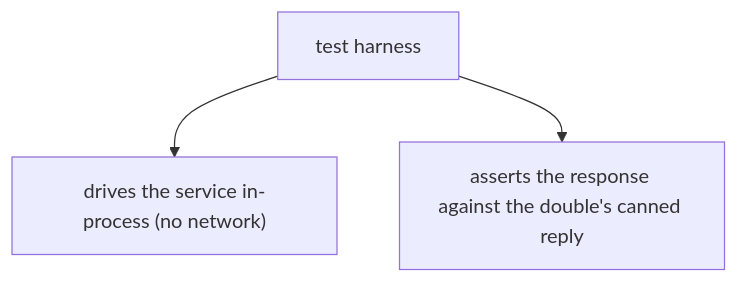
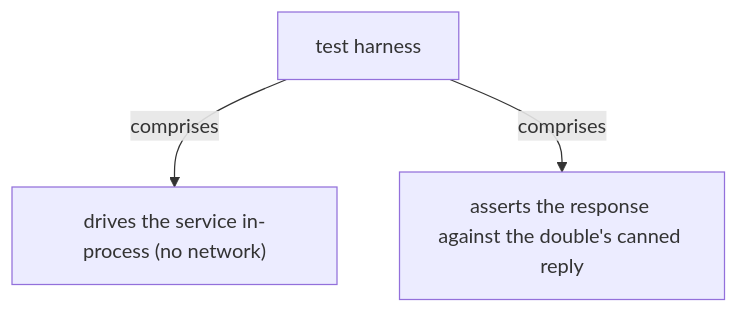
The fifth of 13 diagrams in docs/ch27-service-component-test.md (vinayakuber/microservices-io-study-guide), drawn with Mermaid before and after one commit. The commit also changed other lines of this file and 71 other files, not shown here.

First line of the commit message:
R18: label every diagram arrow with its meaning

````diff
--- a/docs/ch27-service-component-test.md
+++ b/docs/ch27-service-component-test.md
@@ -225,6 +225,6 @@
 ```mermaid
 flowchart TD
   R["test harness"]
-  R --> P0["drives the service in-process (no network)"]
-  R --> P1["asserts the response against the double's canned reply"]
+  R -->|"comprises"| P0["drives the service in-process (no network)"]
+  R -->|"comprises"| P1["asserts the response against the double's canned reply"]
 ```
````
